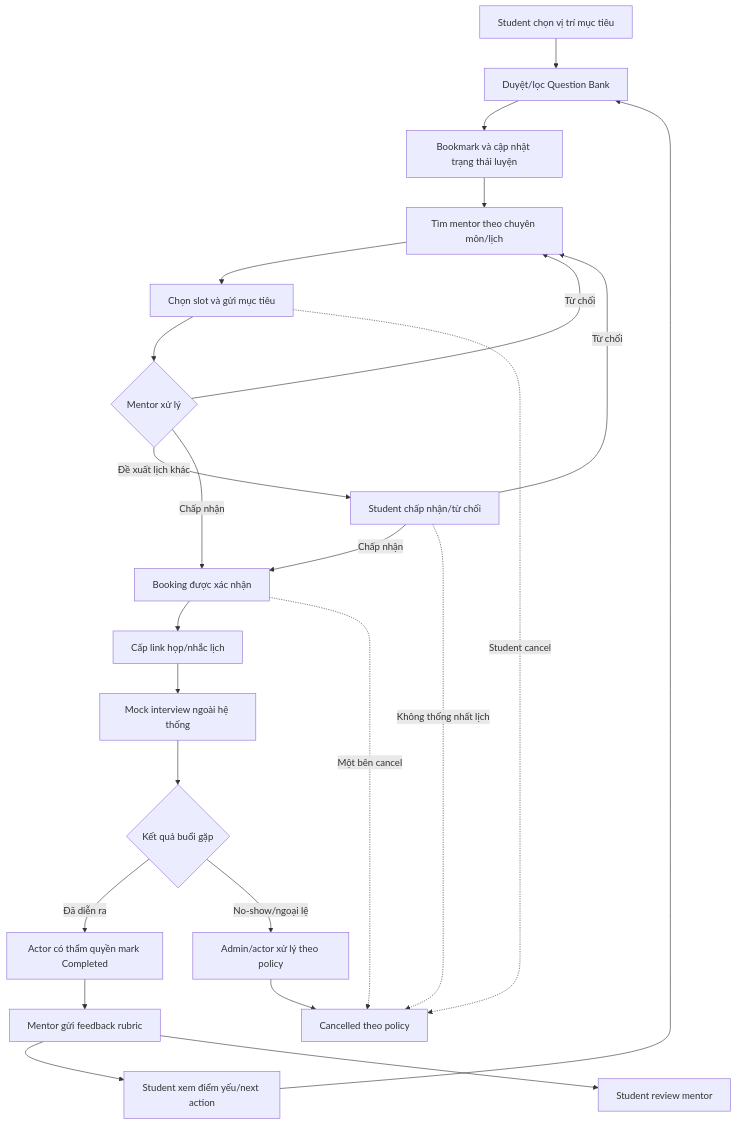
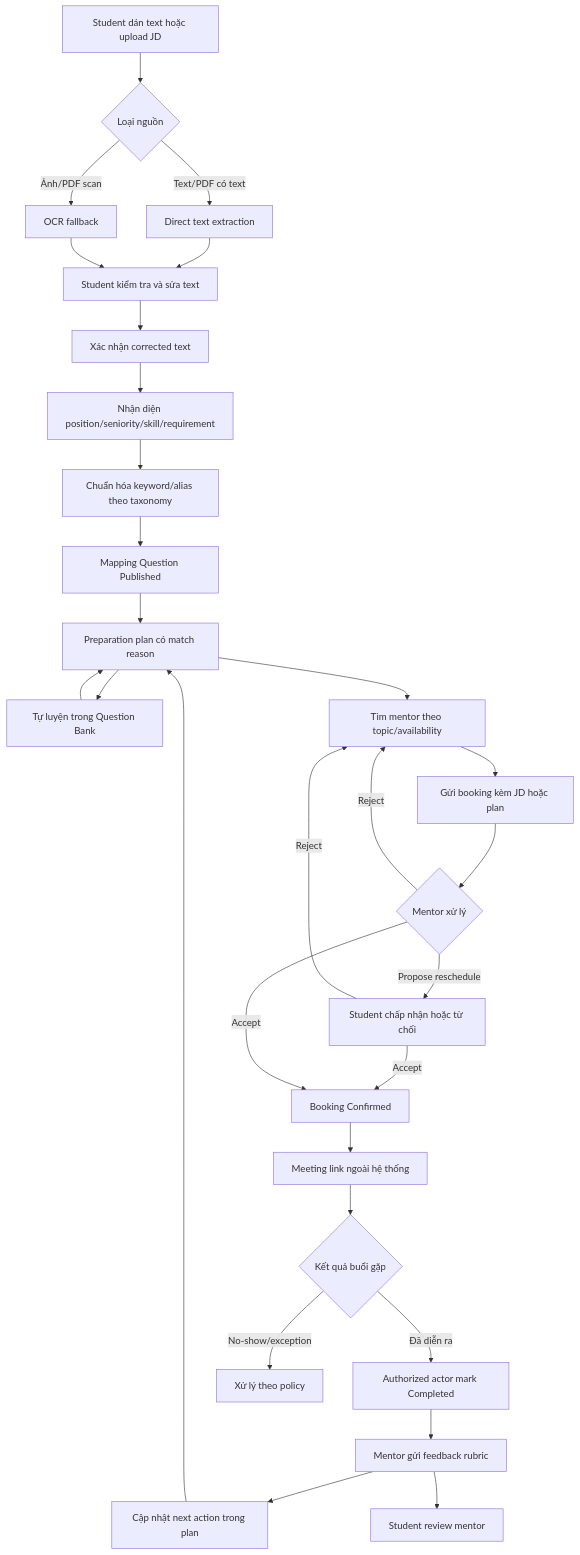
Before and after one commit to tnnhuaa/InterviewQuestionBank: the first of 2 diagrams in docs/Project_Vision_and_Scope/Future_State_Workflow.md, drawn with Mermaid. The commit also changed other lines of this file and 8 other files, not shown here.

````diff
--- a/docs/Project_Vision_and_Scope/Future_State_Workflow.md
+++ b/docs/Project_Vision_and_Scope/Future_State_Workflow.md
@@ -13,26 +13,31 @@
 ```mermaid
 flowchart TD
-    A["Student chọn vị trí mục tiêu"] --> B["Duyệt/lọc Question Bank"]
-    B --> C["Bookmark và cập nhật trạng thái luyện"]
-    C --> D["Tìm mentor theo chuyên môn/lịch"]
-    D --> E["Chọn slot và gửi mục tiêu"]
-    E --> F{"Mentor xử lý"}
-    F -- "Từ chối" --> D
-    F -- "Đề xuất lịch khác" --> G["Student chấp nhận/từ chối"]
-    G -- "Chấp nhận" --> H["Booking được xác nhận"]
-    G -- "Từ chối" --> D
-    F -- "Chấp nhận" --> H
-    H --> I["Cấp link họp/nhắc lịch"]
-    I --> J["Mock interview ngoài hệ thống"]
-    J --> JC{"Kết quả buổi gặp"}
-    JC -- "Đã diễn ra" --> JD["Actor có thẩm quyền mark Completed"]
-    JC -- "No-show/ngoại lệ" --> X["Admin/actor xử lý theo policy"]
-    JD --> K["Mentor gửi feedback rubric"]
-    K --> L["Student xem điểm yếu/next action"]
-    L --> B
-    K --> M["Student review mentor"]
-    E -. "Student cancel" .-> CXL["Cancelled theo policy"]
-    H -. "Một bên cancel" .-> CXL
-    G -. "Không thống nhất lịch" .-> CXL
-    X --> CXL
+    A["Student dán text hoặc upload JD"] --> B{"Loại nguồn"}
+    B -- "Text/PDF có text" --> C["Direct text extraction"]
+    B -- "Ảnh/PDF scan" --> D["OCR fallback"]
+    C --> E["Student kiểm tra và sửa text"]
+    D --> E
+    E --> F["Xác nhận corrected text"]
+    F --> G["Nhận diện position/seniority/skill/requirement"]
+    G --> H["Chuẩn hóa keyword/alias theo taxonomy"]
+    H --> I["Mapping Question Published"]
+    I --> J["Preparation plan có match reason"]
+    J --> K["Tự luyện trong Question Bank"]
+    J --> L["Tìm mentor theo topic/availability"]
+    K --> J
+    L --> M["Gửi booking kèm JD hoặc plan"]
+    M --> N{"Mentor xử lý"}
+    N -- "Reject" --> L
+    N -- "Propose reschedule" --> O["Student chấp nhận hoặc từ chối"]
+    O -- "Accept" --> P["Booking Confirmed"]
+    O -- "Reject" --> L
+    N -- "Accept" --> P
+    P --> Q["Meeting link ngoài hệ thống"]
+    Q --> R{"Kết quả buổi gặp"}
+    R -- "Đã diễn ra" --> S["Authorized actor mark Completed"]
+    R -- "No-show/exception" --> X["Xử lý theo policy"]
+    S --> T["Mentor gửi feedback rubric"]
+    T --> U["Cập nhật next action trong plan"]
+    U --> J
+    T --> V["Student review mentor"]
 ```
````
